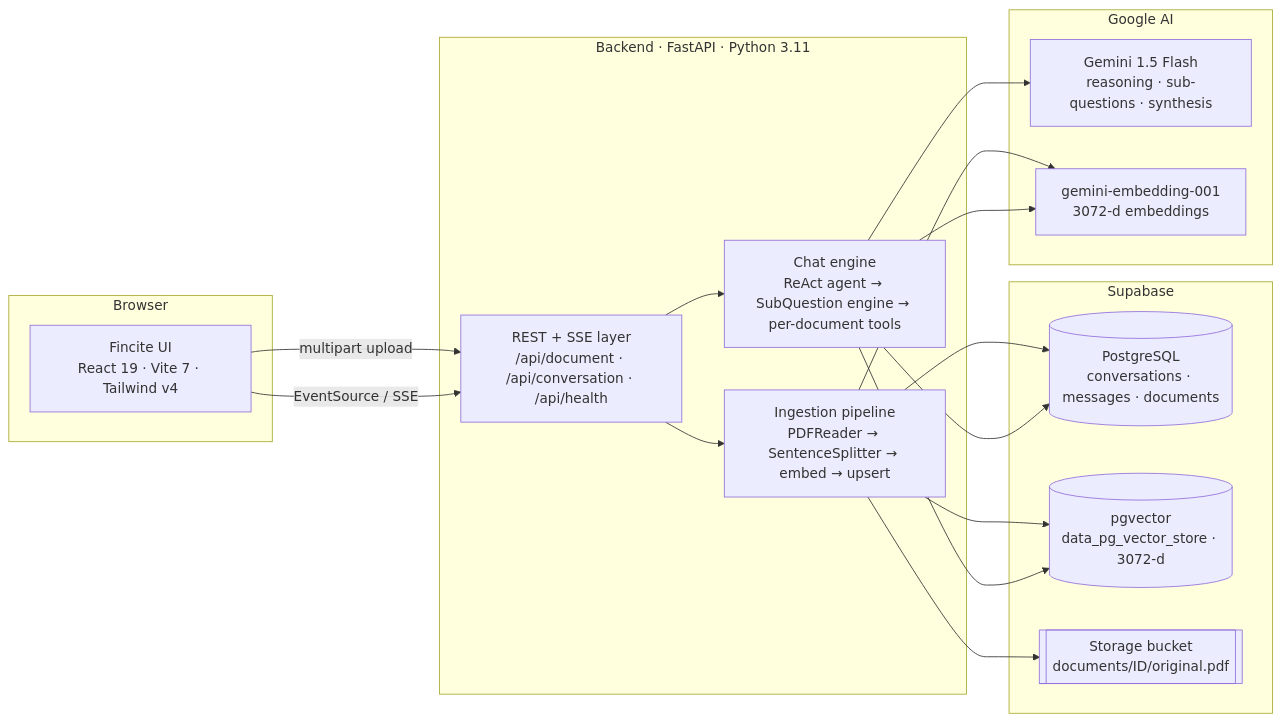
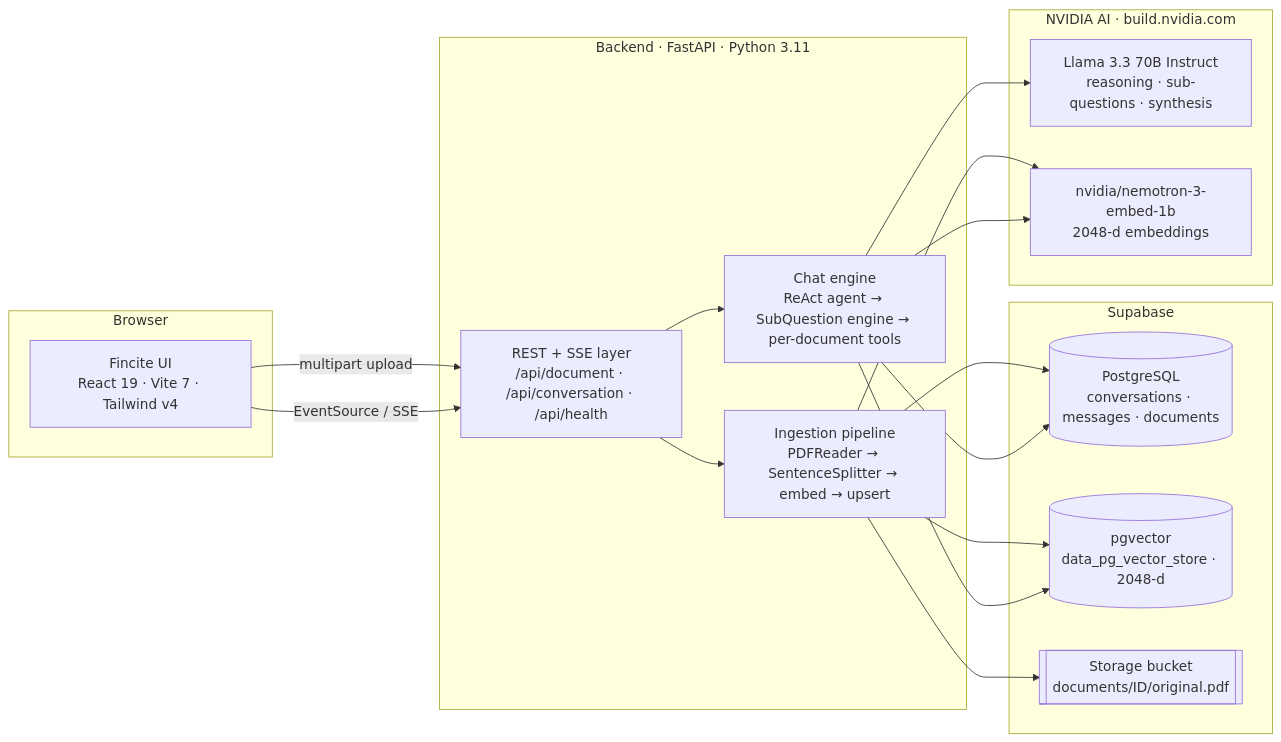
One commit to ajinkyad015/fincite changed the first of 3 diagrams in README.md. Above: the diagram before and after it, drawn with Mermaid. The commit also changed other lines of this file and 27 other files, not shown here.

Commit message:
refactor: changed the llm provider to nvidia

````diff
--- a/README.md
+++ b/README.md
@@ -88,36 +88,36 @@
 ```mermaid
 flowchart LR
     subgraph Client["Browser"]
         UI["Fincite UI<br/>React 19 · Vite 7 · Tailwind v4"]
     end
 
     subgraph API["Backend · FastAPI · Python 3.11"]
         R["REST + SSE layer<br/>/api/document · /api/conversation · /api/health"]
         ING["Ingestion pipeline<br/>PDFReader → SentenceSplitter → embed → upsert"]
         ENG["Chat engine<br/>ReAct agent → SubQuestion engine → per-document tools"]
     end
 
     subgraph Supabase["Supabase"]
         PG[("PostgreSQL<br/>conversations · messages · documents")]
-        VEC[("pgvector<br/>data_pg_vector_store · 3072-d")]
+        VEC[("pgvector<br/>data_pg_vector_store · 2048-d")]
         ST[["Storage bucket<br/>documents/ID/original.pdf"]]
     end
 
-    subgraph Google["Google AI"]
-        LLM["Gemini 1.5 Flash<br/>reasoning · sub-questions · synthesis"]
-        EMB["gemini-embedding-001<br/>3072-d embeddings"]
+    subgraph Nvidia["NVIDIA AI · build.nvidia.com"]
+        LLM["Llama 3.3 70B Instruct<br/>reasoning · sub-questions · synthesis"]
+        EMB["nvidia/nemotron-3-embed-1b<br/>2048-d embeddings"]
     end
 
     UI -- "multipart upload" --> R
     UI -- "EventSource / SSE" --> R
     R --> ING
     R --> ENG
     ING --> ST
     ING --> EMB
     ING --> VEC
     ING --> PG
     ENG --> VEC
     ENG --> LLM
     ENG --> EMB
     ENG --> PG
 ```
````
